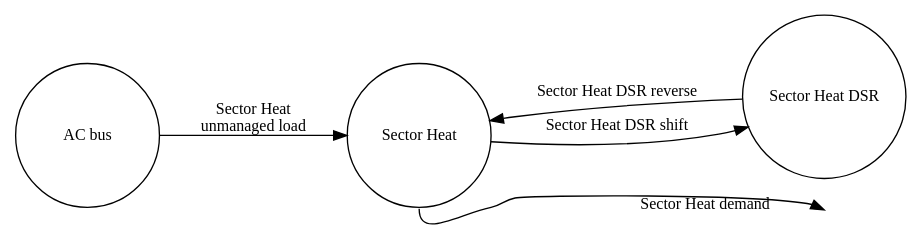
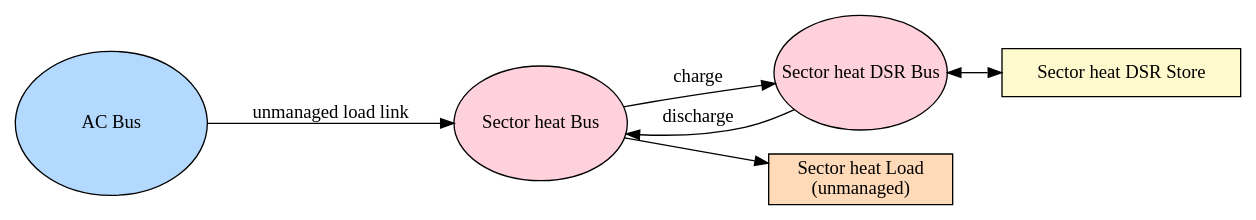
The diagram in doc/gb-model/heat_system.rst (open-energy-transition/gb-dispatch-model), drawn with Graphviz before and after one commit. The commit also changed other lines of this file and 2 other files, not shown here.

```diff
--- a/doc/gb-model/heat_system.rst
+++ b/doc/gb-model/heat_system.rst
@@ -61,21 +136,19 @@
 .. graphviz::
-
 
   digraph Flow {
       rankdir=LR;   // Left to Right
 
-      node [shape=circle,width=1.5, height=1.5, fontsize=12];
+      node [shape=box, style=filled];
 
-      A [label="AC bus"]
-      B [label="Sector Heat"]
-      C [label="Sector Heat DSR"]
-      X [style=invis, width=0, height=0, label=""];
+      AC_bus [label="AC Bus", fillcolor="#B3D9FF", shape=ellipse, width=2, height=1.5, fixedsize=true];
+      Sector_heat_bus [label="Sector heat Bus", fillcolor="#FFD1DC", shape=ellipse, width=1.8, height=1.2, fixedsize=true];
+      Sector_heat_DSR_bus [label="Sector heat DSR Bus", fillcolor="#FFD1DC", shape=ellipse, width=1.8, height=1.2, fixedsize=true];
+      heat_load [label="Sector heat Load\n(unmanaged)", fillcolor="#FFDAB9"];
+      sector_heat_dsr_store [label="Sector heat DSR Store", fillcolor="#FFFACD"];
 
-      A -> B [label="Sector Heat \n unmanaged load", fontsize=12];
-      B -> C [label="Sector Heat DSR shift", fontsize=12];
-      C -> B [label="Sector Heat DSR reverse",labelangle=-90, fontsize=12];
-
-      // downward arrow from B
-      B -> X [style=invis];
-      B:s -> X:n [constraint=false, xlabel="Sector Heat demand", fontsize=12];
+      AC_bus -> Sector_heat_bus [label="unmanaged load link"];
+      Sector_heat_bus -> heat_load;
+      Sector_heat_bus -> Sector_heat_DSR_bus [label="charge"];
+      Sector_heat_DSR_bus -> Sector_heat_bus [label="discharge"];
+      Sector_heat_DSR_bus -> sector_heat_dsr_store [dir=both];
   }
```
